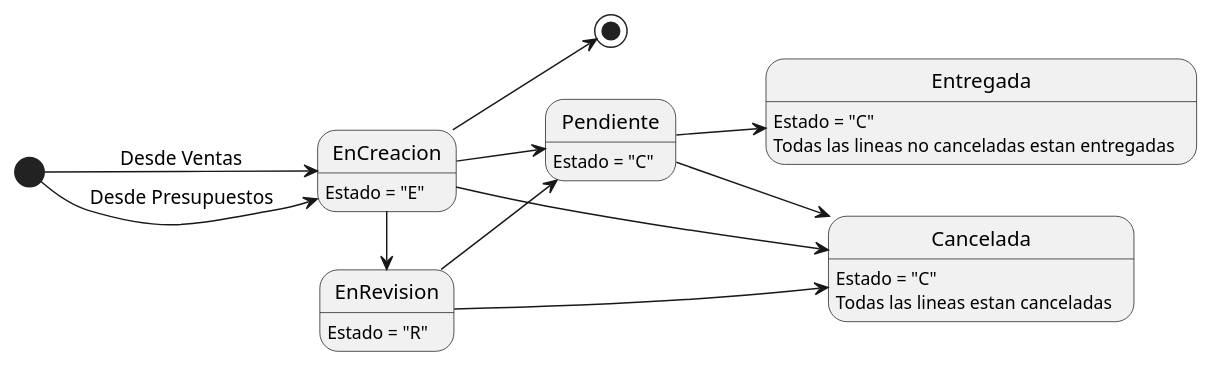
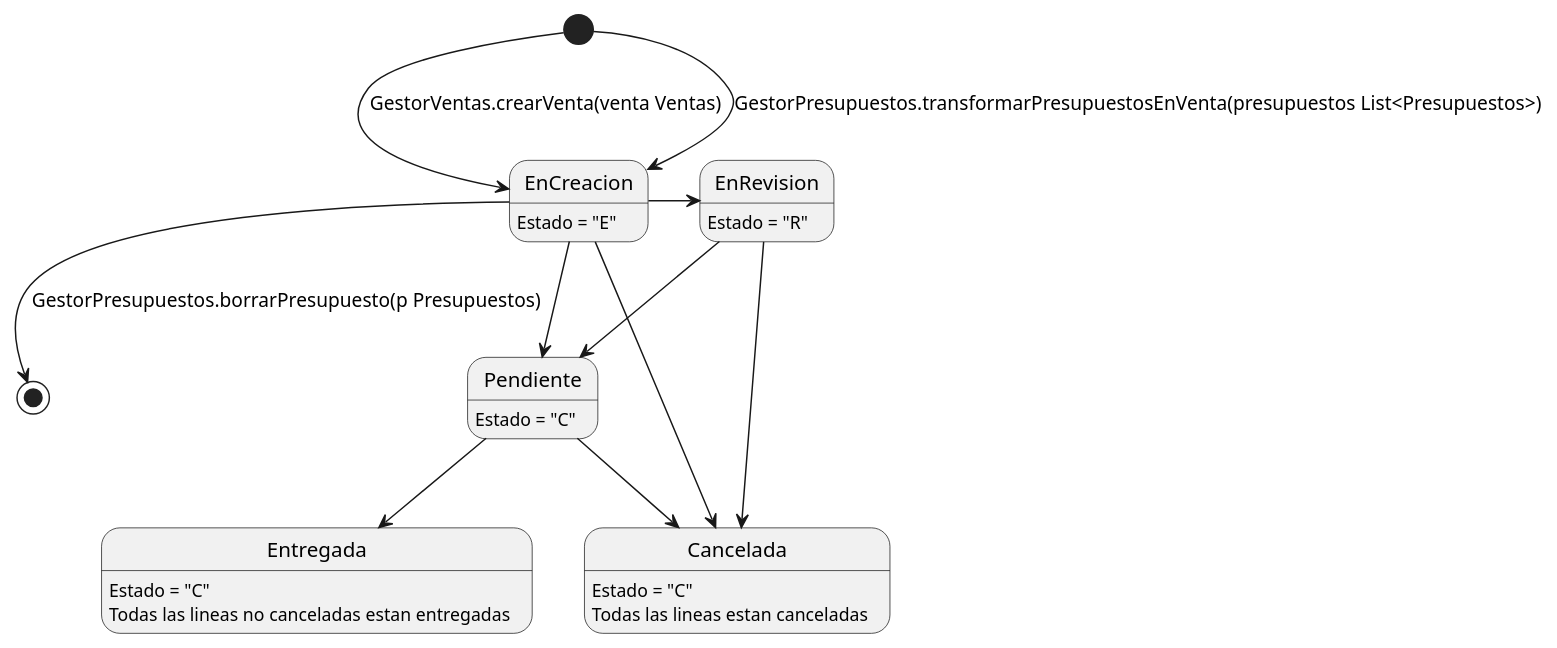
One commit to ZMGestion/DocumentacionZMGestion changed the fifth of 7 diagrams in DiagramasEstado/DiagramaDeEstado.puml. Above: the diagram before and after it, drawn with PlantUML. The commit also changed other lines of this file and 4 other files, not shown here.

Commit message:
Metodos en Diagrama de estados

```diff
--- a/DiagramasEstado/DiagramaDeEstado.puml
+++ b/DiagramasEstado/DiagramaDeEstado.puml
@@ -101,23 +103,23 @@
 @startuml ventas
-left to right direction
+top to bottom direction
 
 EnCreacion: Estado = "E"
 EnRevision: Estado = "R"
 Cancelada: Estado = "C"
 Cancelada: Todas las lineas estan canceladas
 Pendiente: Estado = "C"
 Entregada: Estado = "C"
 Entregada: Todas las lineas no canceladas estan entregadas
 
-[*] --> EnCreacion: Desde Ventas
-[*] --> EnCreacion: Desde Presupuestos
-EnCreacion --> [*]
+[*] --> EnCreacion: GestorVentas.crearVenta(venta Ventas)
+[*] --> EnCreacion: GestorPresupuestos.transformarPresupuestosEnVenta(presupuestos List<Presupuestos>)
+EnCreacion --> [*]: GestorPresupuestos.borrarPresupuesto(p Presupuestos)
 EnCreacion -> EnRevision
 EnCreacion --> Pendiente
 EnCreacion --> Cancelada
 EnRevision --> Cancelada
 EnRevision --> Pendiente
 Pendiente --> Cancelada
 Pendiente --> Entregada
 
 @enduml
```
